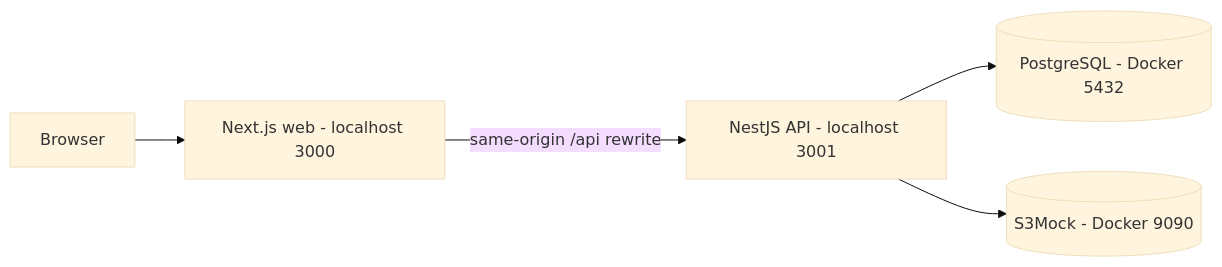
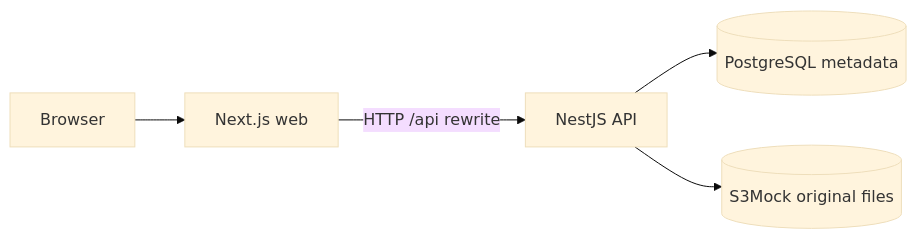
One commit to HAIXIN-ZHANG/Doc-home changed the diagram in docs/PROJECT_ASSETS_SCOPE_DELIVERY_PLAN.md. Above: the diagram before and after it, drawn with Mermaid (base theme). The commit also changed other lines of this file and 2 other files, not shown here.

````diff
--- a/docs/PROJECT_ASSETS_SCOPE_DELIVERY_PLAN.md
+++ b/docs/PROJECT_ASSETS_SCOPE_DELIVERY_PLAN.md
@@ -29,7 +30,7 @@
 ```mermaid
 flowchart LR
-    U[Browser] --> W[Next.js web - localhost 3000]
-    W -->|same-origin /api rewrite| A[NestJS API - localhost 3001]
-    A --> DB[(PostgreSQL - Docker 5432)]
-    A --> F[(S3Mock - Docker 9090)]
+    Browser --> Web[Next.js web]
+    Web -->|HTTP /api rewrite| API[NestJS API]
+    API --> SQL[(PostgreSQL metadata)]
+    API --> Files[(S3Mock original files)]
 ```
````
